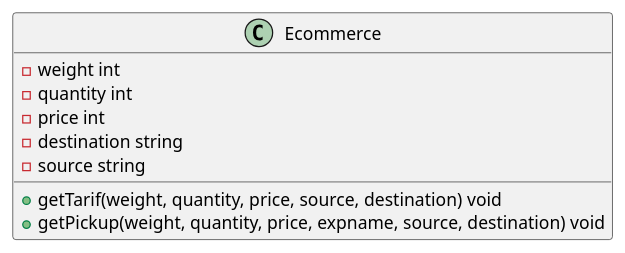
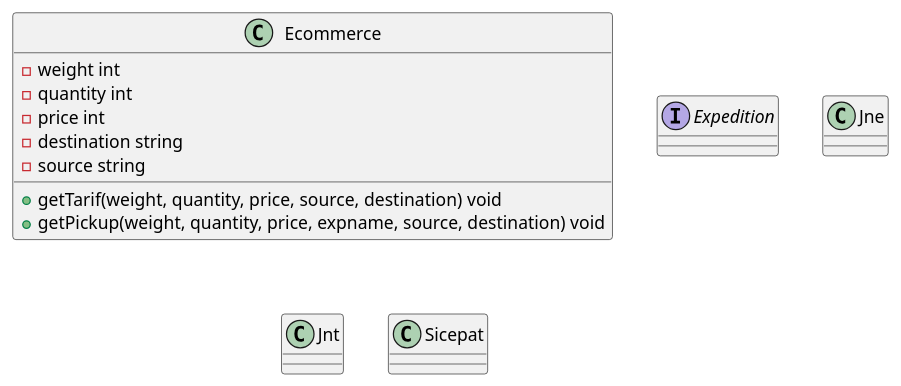
The diagram in Kelompok 3/main.puml (farhanzakiputra/pbpu-a-2022), drawn with PlantUML before and after one commit.

Commit message:
Add classes frame
Aria's contribution

```diff
--- a/Kelompok 3/main.puml
+++ b/Kelompok 3/main.puml
@@ -1,12 +1,31 @@
-@startuml Tester
+@startuml Main
 class Ecommerce {
     - weight int
     - quantity int
     - price int
     - destination string
     - source string
     + getTarif(weight, quantity, price, source, destination) void
     + getPickup(weight, quantity, price, expname, source, destination) void
 }
 
+interface Expedition {
+/' #TODO: Populate '/
+}
+
+class Jne {
+/' #TODO: Populate '/
+}
+
+class Jnt {
+/' #TODO: Populate '/
+}
+
+class Sicepat {
+/' #TODO: Populate '/
+}
+
+/' TODO: Add diagram link '/
+
+
 @enduml
```
